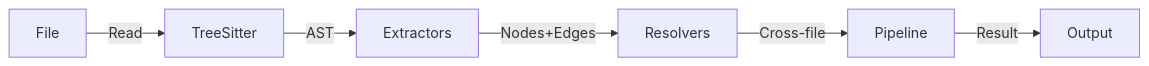
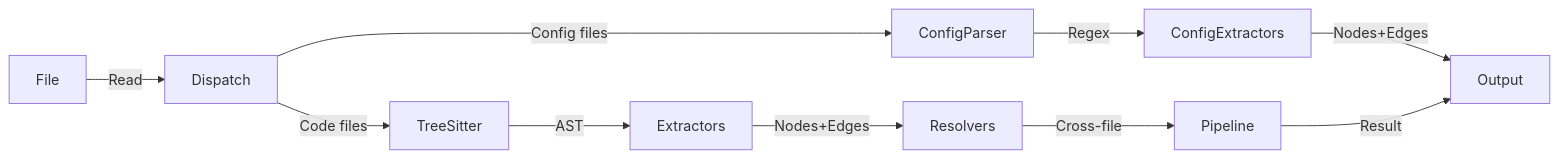
Before and after one commit to willFreed1/nomik: the diagram in documentations/technical/parser/README.md, drawn with Mermaid. The commit also changed other lines of this file and 46 other files, not shown here.

````diff
--- a/documentations/technical/parser/README.md
+++ b/documentations/technical/parser/README.md
@@ -19,8 +26,12 @@
 ```mermaid
 graph LR
-    File -->|Read| TreeSitter
+    File -->|Read| Dispatch
+    Dispatch -->|Code files| TreeSitter
+    Dispatch -->|Config files| ConfigParser
     TreeSitter -->|AST| Extractors
+    ConfigParser -->|Regex| ConfigExtractors
     Extractors -->|Nodes+Edges| Resolvers
+    ConfigExtractors -->|Nodes+Edges| Output
     Resolvers -->|Cross-file| Pipeline
     Pipeline -->|Result| Output
 ```
````
